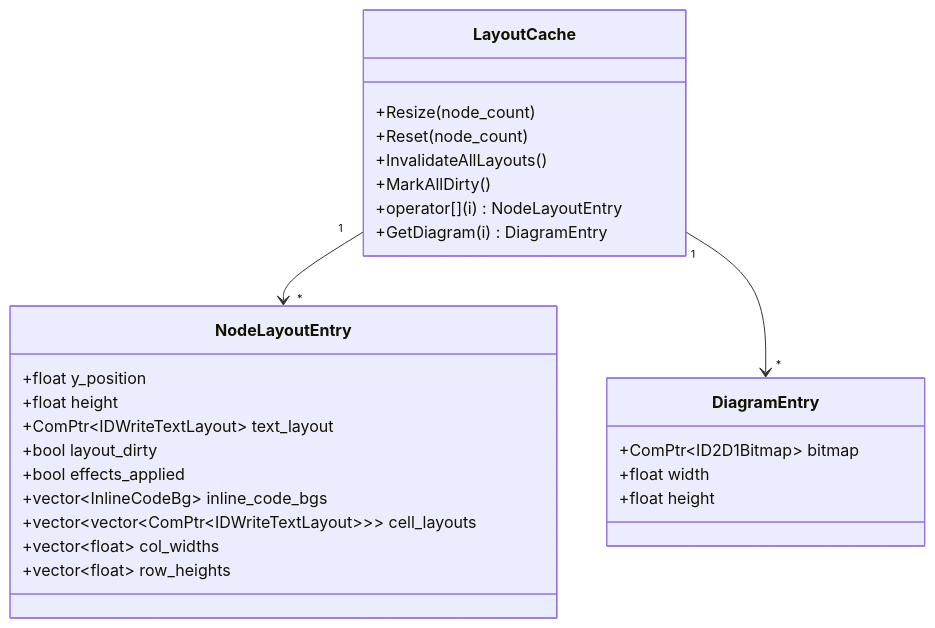
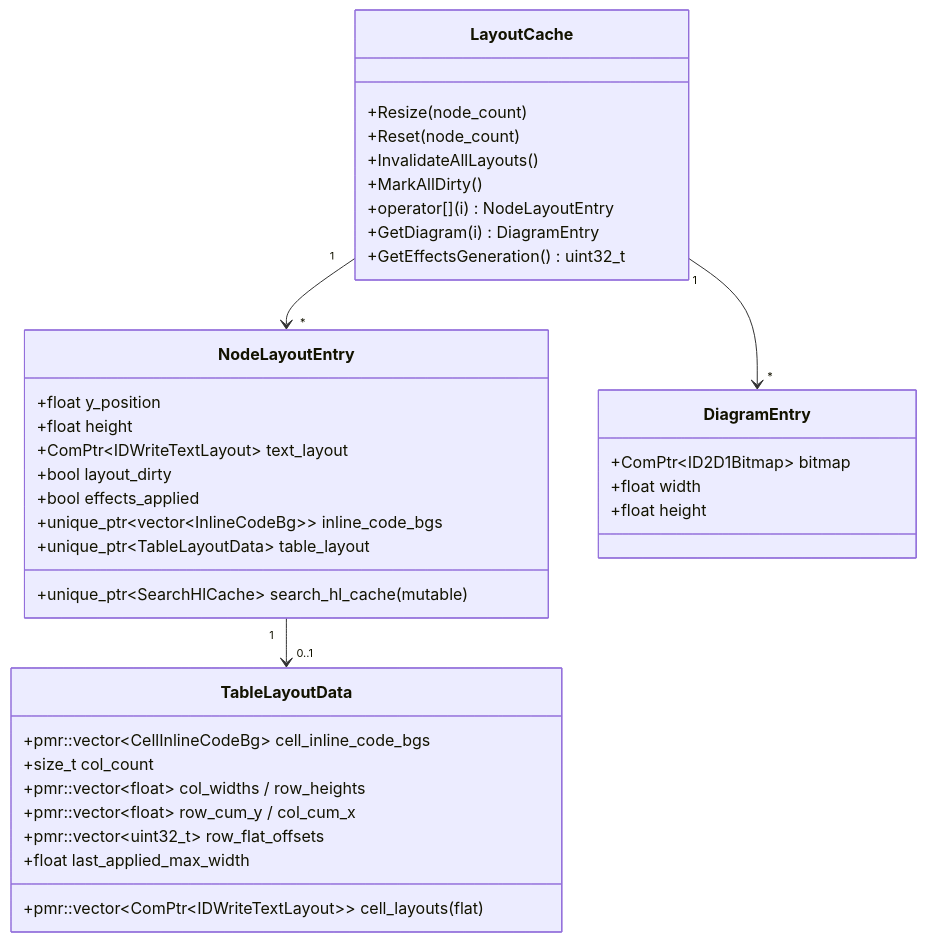
Before and after one commit to tanaton/mendo: diagram 16 of 27 in example/test.md, drawn with Mermaid. The commit also changed other lines of this file, not shown here.

````diff
--- a/example/test.md
+++ b/example/test.md
@@ -2145,32 +2608,43 @@
 ```mermaid
 classDiagram
     class LayoutCache {
         +Resize(node_count)
         +Reset(node_count)
         +InvalidateAllLayouts()
         +MarkAllDirty()
         +operator[](i) NodeLayoutEntry
         +GetDiagram(i) DiagramEntry
+        +GetEffectsGeneration() uint32_t
     }
 
     class NodeLayoutEntry {
         +float y_position
         +float height
         +ComPtr~IDWriteTextLayout~ text_layout
         +bool layout_dirty
         +bool effects_applied
-        +vector~InlineCodeBg~ inline_code_bgs
-        +vector~vector~ComPtr~IDWriteTextLayout~~~ cell_layouts
-        +vector~float~ col_widths
-        +vector~float~ row_heights
+        +unique_ptr~vector~InlineCodeBg~~ inline_code_bgs
+        +unique_ptr~TableLayoutData~ table_layout
+        +unique_ptr~SearchHlCache~ search_hl_cache (mutable)
+    }
+
+    class TableLayoutData {
+        +pmr::vector~ComPtr~IDWriteTextLayout~~ cell_layouts (flat)
+        +pmr::vector~CellInlineCodeBg~ cell_inline_code_bgs
+        +size_t col_count
+        +pmr::vector~float~ col_widths / row_heights
+        +pmr::vector~float~ row_cum_y / col_cum_x
+        +pmr::vector~uint32_t~ row_flat_offsets
+        +float last_applied_max_width
     }
 
     class DiagramEntry {
         +ComPtr~ID2D1Bitmap~ bitmap
         +float width
         +float height
     }
 
     LayoutCache "1" --> "*" NodeLayoutEntry
     LayoutCache "1" --> "*" DiagramEntry
+    NodeLayoutEntry "1" --> "0..1" TableLayoutData
 ```
````
